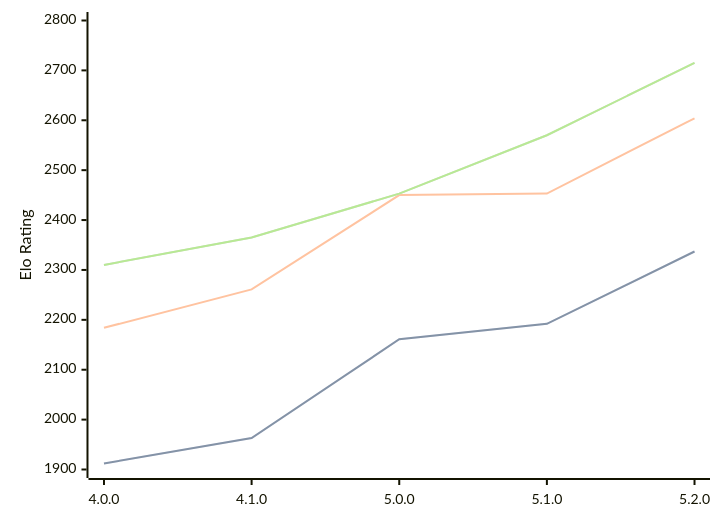
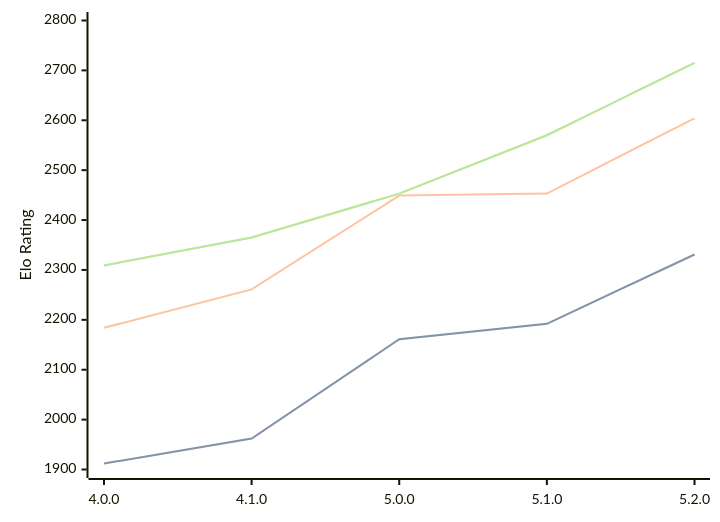
The diagram in engines/Aconcagua.md (computer-chess-index/cci), drawn with Mermaid before and after one commit. The commit also changed other lines of this file, not shown here.

Commit message:
Update CCI Ratings (ELO VLTC) - 2026-09-21

````diff
--- a/engines/Aconcagua.md
+++ b/engines/Aconcagua.md
@@ -35,11 +35,11 @@
 ```mermaid
 %%{init: {"theme":"base","themeVariables":{"seriesColors:['#a3a3a3','#222221','#faa371']}}}%%
 xychart-beta
   x-axis ["4.0.0", "4.1.0", "5.0.0", "5.1.0", "5.2.0"]
   y-axis "Elo Rating" 1900 --> 2800
-  line "" [1912, 1963, 2161, 2192, 2337]
-  line "STC (8.0+0.08s)" [1912, 1963, 2161, 2192, 2337]
-  line "LTC (60.0+0.60s)" [2184, 2261, 2450, 2453, 2604]
-  line "" [2310, 2365, 2453, 2570, 2715]
-  line "VLTC (2m24s+1.12s)" [2310, 2365, 2453, 2570, 2715]
+  line "" [1912, 1962, 2161, 2192, 2331]
+  line "STC (8.0+0.08s)" [1912, 1962, 2161, 2192, 2331]
+  line "LTC (60.0+0.60s)" [2184, 2261, 2449, 2453, 2604]
+  line "" [2309, 2365, 2453, 2570, 2715]
+  line "VLTC (2m24s+1.12s)" [2309, 2365, 2453, 2570, 2715]
 ```
````
